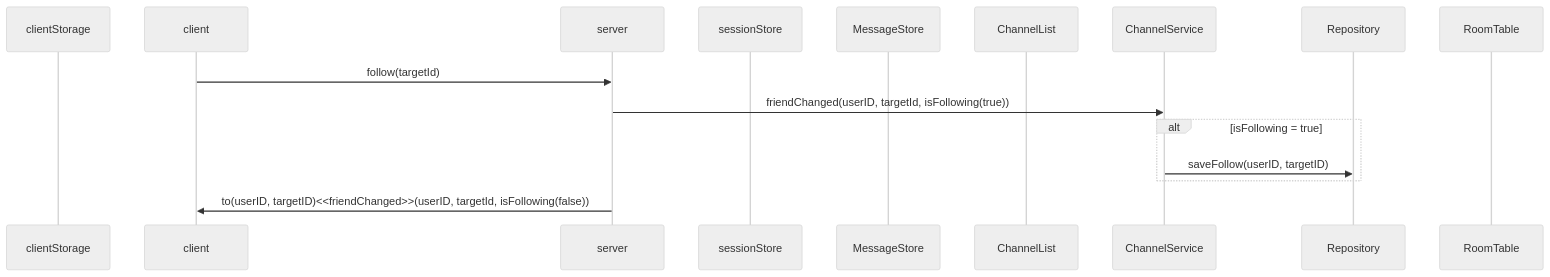
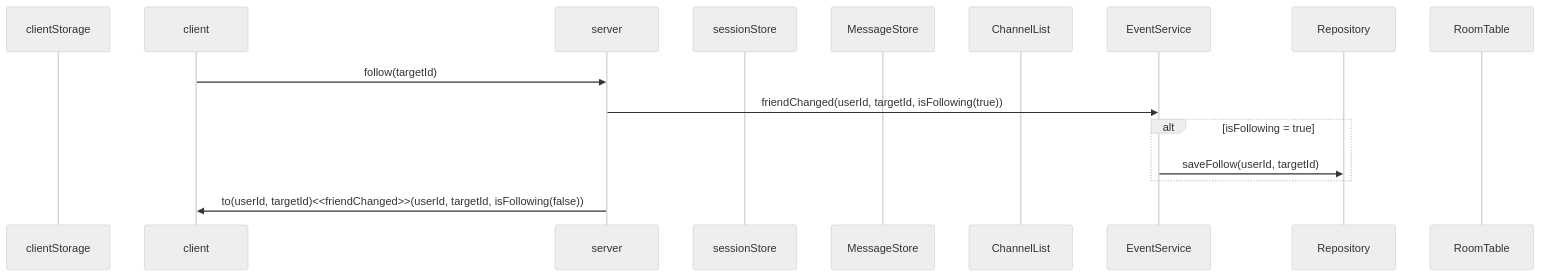
One commit to mtak0235/simmons_transcendence changed the seventh of 19 diagrams in backend/node/app/event.md. Above: the diagram before and after it, drawn with Mermaid (neutral theme). The commit also changed other lines of this file and 1 other file, not shown here.

````diff
--- a/backend/node/app/event.md
+++ b/backend/node/app/event.md
@@ -194,19 +171,19 @@
 ```mermaid
 sequenceDiagram
 participant cls as clientStorage
 participant c as client
 participant ga as server
 participant ss as sessionStore
 participant ms as MessageStore
 participant cns as ChannelList
-participant cs as ChannelService
+participant cs as EventService
 participant r as Repository
 participant rt as RoomTable
 
 c->>ga: follow(targetId)
-ga->>cs: friendChanged(userID, targetId, isFollowing(true))
+ga->>cs: friendChanged(userId, targetId, isFollowing(true))
 alt isFollowing = true
-cs->>r: saveFollow(userID, targetID);
+cs->>r: saveFollow(userId, targetId);
 end
-ga->>c: to(userID, targetID)<<friendChanged>>(userID, targetId, isFollowing(false))
+ga->>c: to(userId, targetId)<<friendChanged>>(userId, targetId, isFollowing(false))
 ```
````
